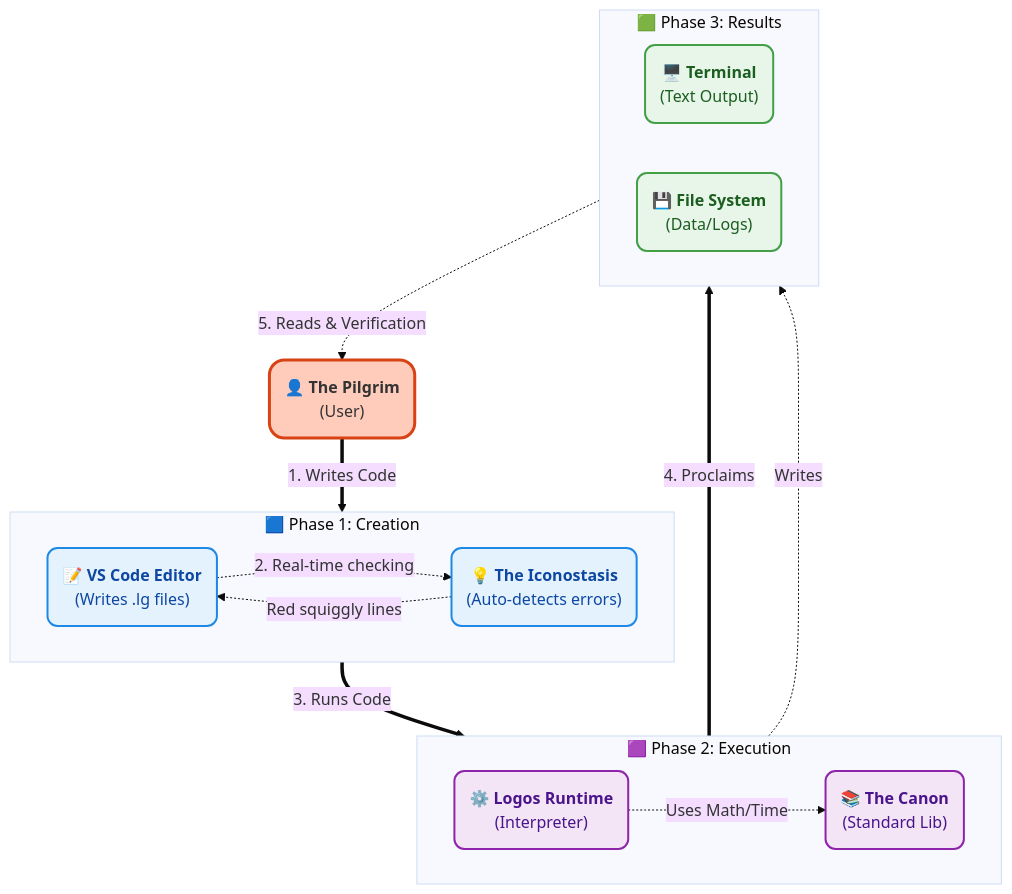
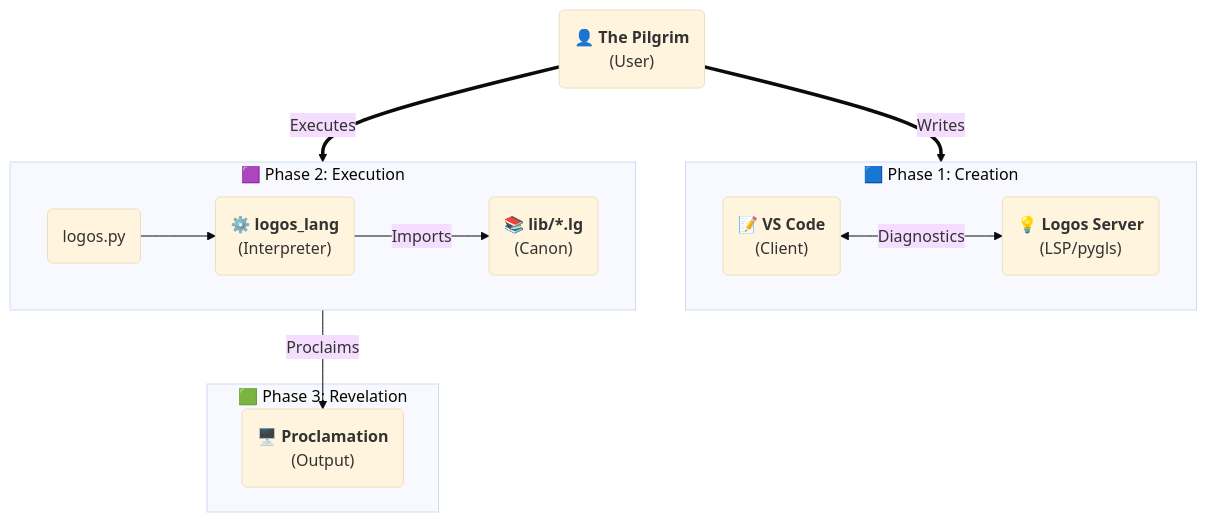
Before and after one commit to NikaNats/Logos: the diagram in README.md, drawn with Mermaid (base theme). The commit also changed other lines of this file, not shown here.

````diff
--- a/README.md
+++ b/README.md
@@ -263,61 +253,28 @@
 ```mermaid
 graph TD
-    %% ==========================================
-    %% DESIGN & PALETTE (Material Pastel)
-    %% ==========================================
-    classDef userNode fill:#ffccbc,stroke:#d84315,stroke-width:3px,rx:15,ry:15,color:#333;
-    classDef inputZone fill:#e3f2fd,stroke:#1e88e5,stroke-width:2px,rx:10,ry:10,color:#0d47a1;
-    classDef logicZone fill:#f3e5f5,stroke:#8e24aa,stroke-width:2px,rx:10,ry:10,color:#4a148c;
-    classDef resultZone fill:#e8f5e9,stroke:#43a047,stroke-width:2px,rx:10,ry:10,color:#1b5e20;
+    User("👤 <b>The Pilgrim</b><br/>(User)")
 
-    %% ==========================================
-    %% 1. THE USER (Top Level)
-    %% ==========================================
-    User("👤 <b>The Pilgrim</b><br/>(User)"):::userNode
-
-    %% ==========================================
-    %% STAGE 1: CREATION (Layer 1)
-    %% ==========================================
     subgraph Stage1 ["🟦 Phase 1: Creation"]
         direction LR
-        Editor("📝 <b>VS Code Editor</b><br/>(Writes .lg files)"):::inputZone
-        LSP("💡 <b>The Iconostasis</b><br/>(Auto-detects errors)"):::inputZone
+        Editor("📝 <b>VS Code</b><br/>(Client)")
+        LSP("💡 <b>Logos Server</b><br/>(LSP/pygls)")
     end
 
-    %% ==========================================
-    %% STAGE 2: EXECUTION (Layer 2)
-    %% ==========================================
     subgraph Stage2 ["🟪 Phase 2: Execution"]
         direction LR
-        Runtime("⚙️ <b>Logos Runtime</b><br/>(Interpreter)"):::logicZone
-        Canon("📚 <b>The Canon</b><br/>(Standard Lib)"):::logicZone
+        CLI("logos.py")
+        Core("⚙️ <b>logos_lang</b><br/>(Interpreter)")
+        Lib("📚 <b>lib/*.lg</b><br/>(Canon)")
     end
 
-    %% ==========================================
-    %% STAGE 3: REVELATION (Layer 3)
-    %% ==========================================
-    subgraph Stage3 ["🟩 Phase 3: Results"]
-        direction LR
-        Console("🖥️ <b>Terminal</b><br/>(Text Output)"):::resultZone
-        FileSys("💾 <b>File System</b><br/>(Data/Logs)"):::resultZone
+    subgraph Stage3 ["🟩 Phase 3: Revelation"]
+        Console("🖥️ <b>Proclamation</b><br/>(Output)")
     end
 
-    %% ==========================================
-    %% THE FLOW
-    %% ==========================================
-
-    %% Main Downward Flow
-    User ==>|1. Writes Code| Editor
-    Editor ==>|3. Runs Code| Runtime
-    Runtime ==>|4. Proclaims| Console
-
-    %% Internal/Horizontal Logic
-    Editor -.->|2. Real-time checking| LSP
-    LSP -.->|Red squiggly lines| Editor
-    
-    Runtime -.->|Uses Math/Time| Canon
-    Runtime -.->|Writes| FileSys
-
-    %% Long Feedback Loop (Bottom to Top)
-    Console -.->|5. Reads & Verification| User
+    User ==>|Writes| Editor
+    Editor <-->|Diagnostics| LSP
+    User ==>|Executes| CLI
+    CLI --> Core
+    Core -->|Imports| Lib
+    Core -->|Proclaims| Console
 ```
````
